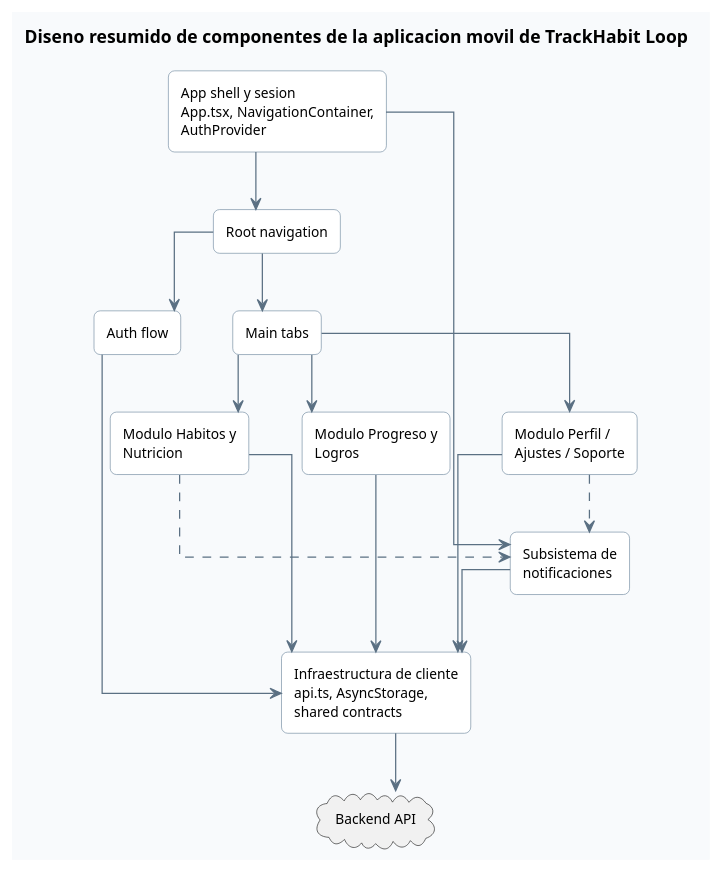
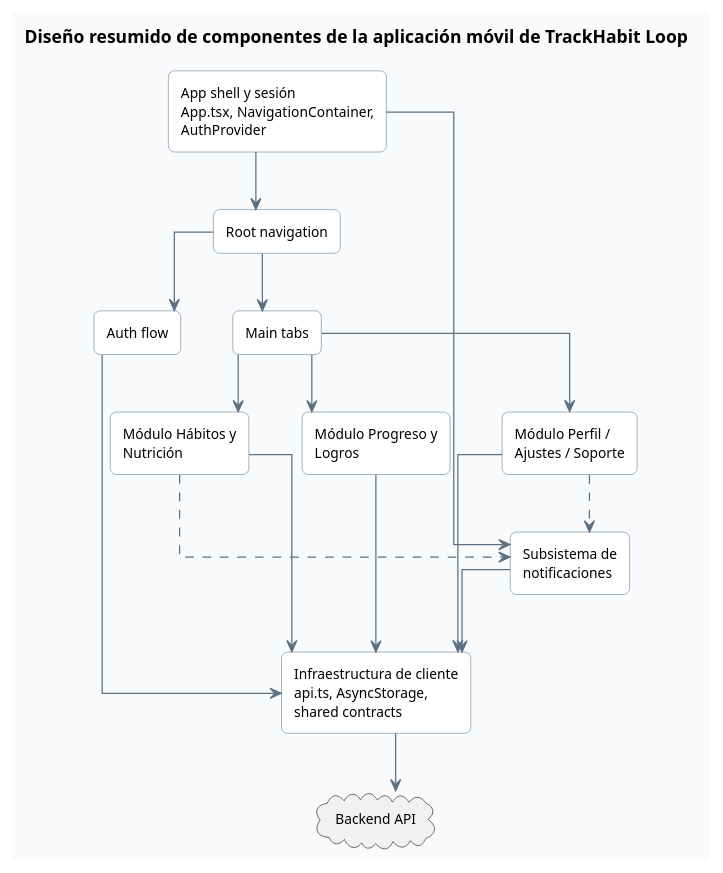
The diagram in docs/diagrams/cap4/11_design_mobile_components_trackhabit_loop_simplified.puml (TPerez13/TFG), drawn with PlantUML before and after one commit. The commit also changed 95 other files, not shown here.

```diff
--- a/docs/diagrams/cap4/11_design_mobile_components_trackhabit_loop_simplified.puml
+++ b/docs/diagrams/cap4/11_design_mobile_components_trackhabit_loop_simplified.puml
@@ -1,67 +1,67 @@
 @startuml
 hide circle
 hide methods
 hide stereotypes
 
 skinparam backgroundColor #F8FAFC
 skinparam shadowing false
 skinparam roundcorner 10
 skinparam defaultFontName Segoe UI
 skinparam defaultFontSize 11
 skinparam ArrowColor #5B7083
 skinparam ArrowThickness 1
 skinparam packageStyle rectangle
 skinparam componentStyle rectangle
 skinparam componentBackgroundColor #FFFFFF
 skinparam componentBorderColor #6E879D
 skinparam linetype ortho
 skinparam nodesep 42
 skinparam ranksep 46
 
-title Diseno resumido de componentes de la aplicacion movil de TrackHabit Loop
+title Diseño resumido de componentes de la aplicación móvil de TrackHabit Loop
 
 top to bottom direction
 
-component "App shell y sesion\nApp.tsx, NavigationContainer,\nAuthProvider" as mo_shell
+component "App shell y sesión\nApp.tsx, NavigationContainer,\nAuthProvider" as mo_shell
 component "Root navigation" as mo_root
 component "Auth flow" as mo_auth
 component "Main tabs" as mo_tabs
-component "Modulo Habitos y\nNutricion" as mo_habits
-component "Modulo Progreso y\nLogros" as mo_progress
-component "Modulo Perfil /\nAjustes / Soporte" as mo_profile
+component "Módulo Hábitos y\nNutrición" as mo_habits
+component "Módulo Progreso y\nLogros" as mo_progress
+component "Módulo Perfil /\nAjustes / Soporte" as mo_profile
 component "Subsistema de\nnotificaciones" as mo_notif
 component "Infraestructura de cliente\napi.ts, AsyncStorage,\nshared contracts" as mo_infra
 cloud "Backend API" as mo_backend
 
 mo_shell --> mo_root
 mo_shell --> mo_notif
 
 mo_root --> mo_auth
 mo_root --> mo_tabs
 
 mo_tabs --> mo_habits
 mo_tabs --> mo_progress
 mo_tabs --> mo_profile
 
 mo_habits ..> mo_notif
 mo_profile ..> mo_notif
 
 mo_auth --> mo_infra
 mo_habits --> mo_infra
 mo_progress --> mo_infra
 mo_profile --> mo_infra
 mo_notif --> mo_infra
 
 mo_infra --> mo_backend
 
 mo_shell -[hidden]down-> mo_root
 mo_root -[hidden]down-> mo_tabs
 mo_auth -[hidden]right-> mo_tabs
 mo_tabs -[hidden]down-> mo_habits
 mo_habits -[hidden]right-> mo_progress
 mo_progress -[hidden]right-> mo_profile
 mo_profile -[hidden]right-> mo_notif
 mo_notif -[hidden]down-> mo_infra
 mo_infra -[hidden]right-> mo_backend
 
 @enduml
```
